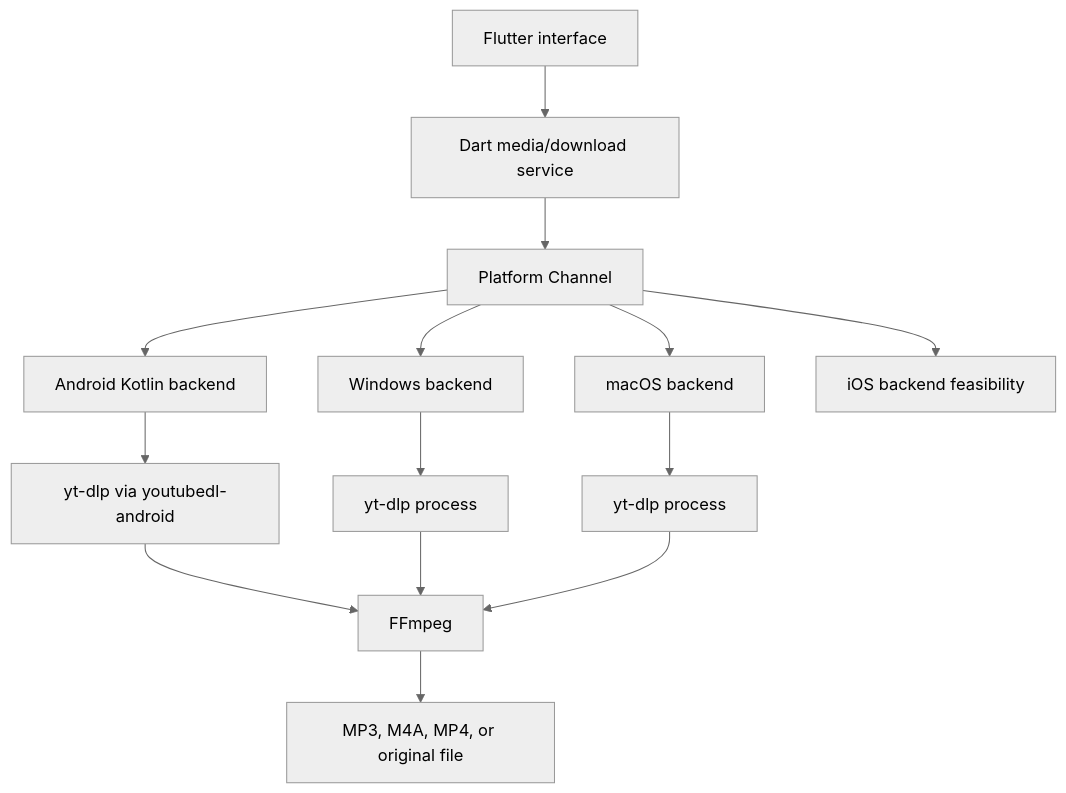
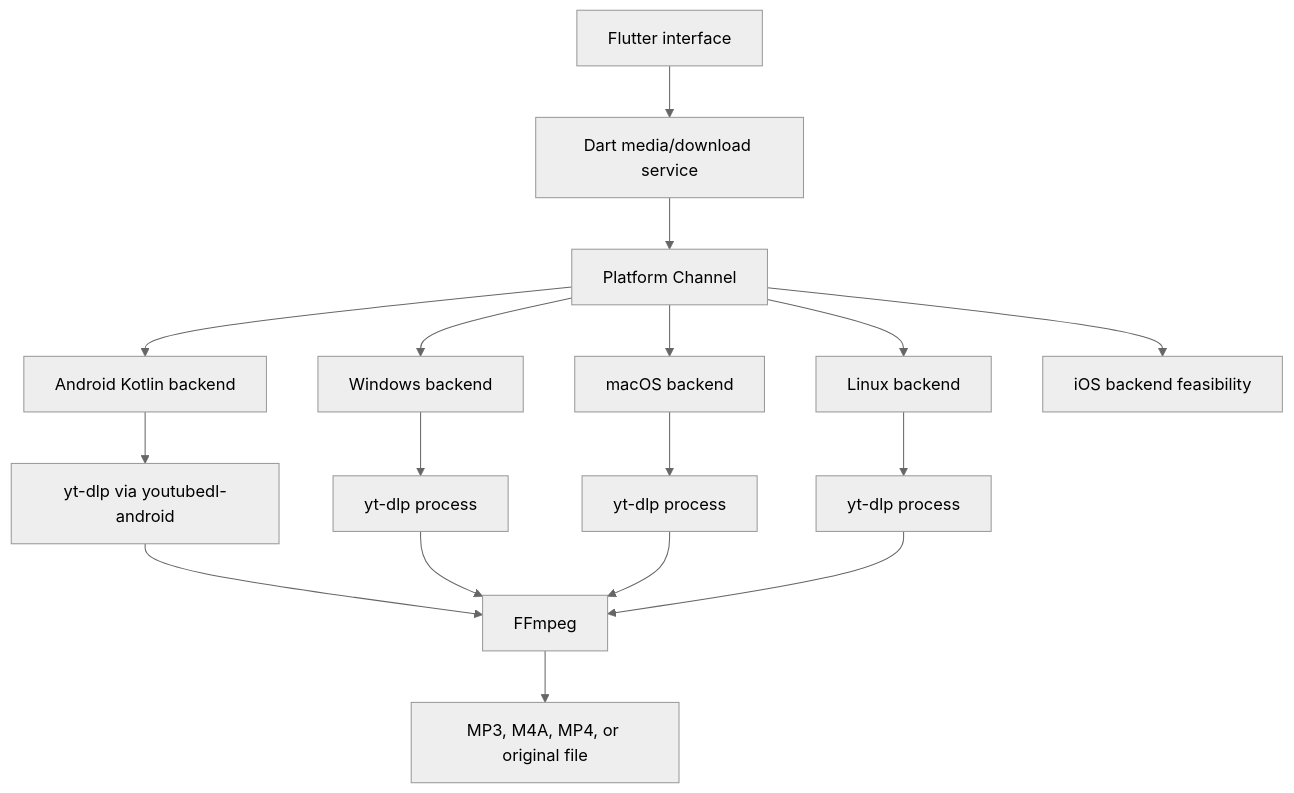
Before and after one commit to DBase-In-Rs/Downloader: the diagram in PLAN.md, drawn with Mermaid (neutral theme). The commit also changed other lines of this file and 20 other files, not shown here.

Commit message:
Add multi-site provider roadmap and catalog

````diff
--- a/PLAN.md
+++ b/PLAN.md
@@ -46,16 +54,19 @@
 ```mermaid
 flowchart TD
     A["Flutter interface"] --> B["Dart media/download service"]
     B --> C["Platform Channel"]
     C --> D["Android Kotlin backend"]
     C --> E["Windows backend"]
     C --> F["macOS backend"]
-    C --> G["iOS backend feasibility"]
+    C --> G["Linux backend"]
+    C --> M["iOS backend feasibility"]
     D --> H["yt-dlp via youtubedl-android"]
     E --> I["yt-dlp process"]
     F --> J["yt-dlp process"]
+    G --> N["yt-dlp process"]
     H --> K["FFmpeg"]
     I --> K
     J --> K
+    N --> K
     K --> L["MP3, M4A, MP4, or original file"]
 ```
````
